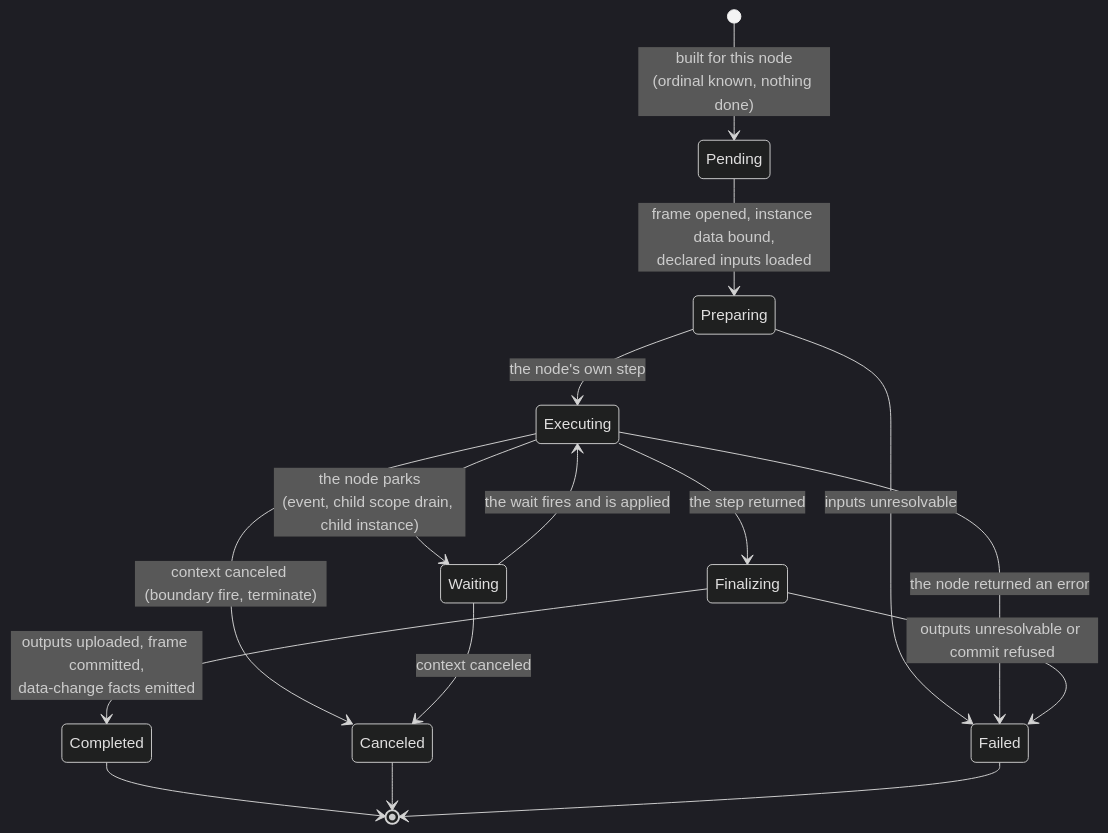
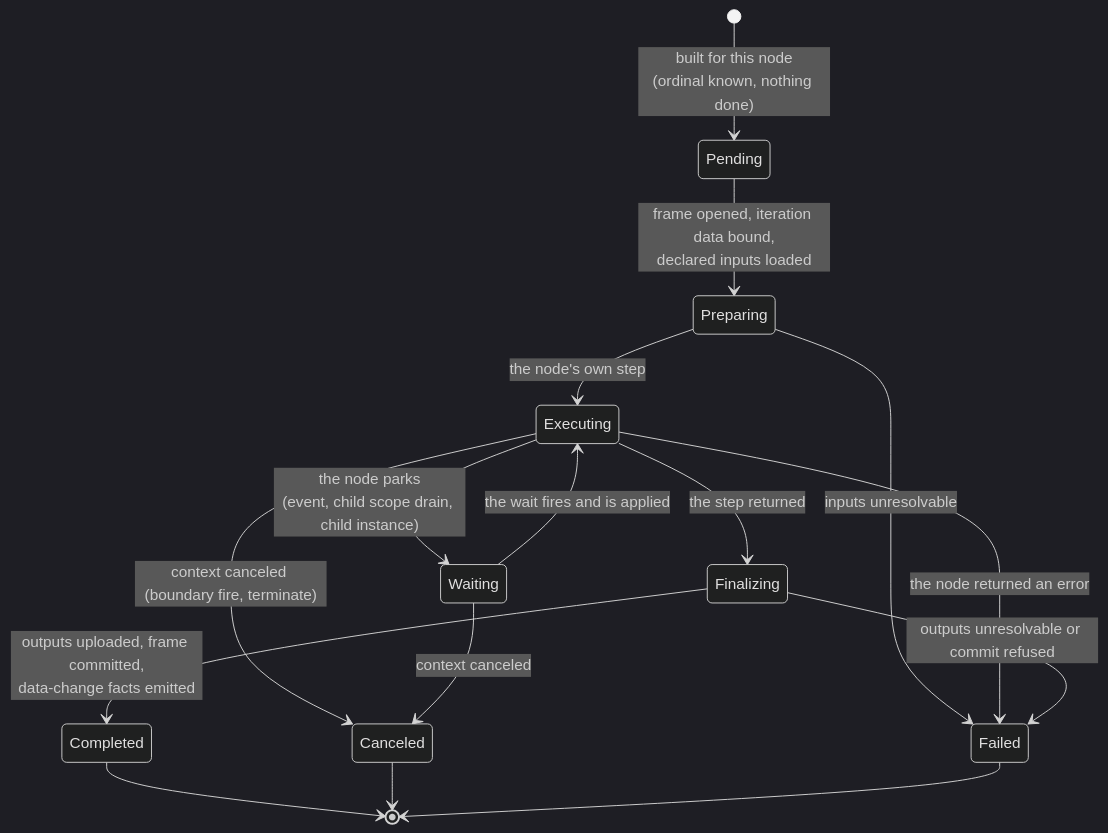
Before and after one commit to dr-dobermann/gobpm: the second of 4 diagrams in docs/design/ADR-025-activity-iteration-loop-and-multi-instance.md, drawn with Mermaid (dark theme). The commit also changed other lines of this file and 160 other files, not shown here.

````diff
--- a/docs/design/ADR-025-activity-iteration-loop-and-multi-instance.md
+++ b/docs/design/ADR-025-activity-iteration-loop-and-multi-instance.md
@@ -1282,18 +1282,18 @@
 ```mermaid
 stateDiagram-v2
     [*] --> Pending: built for this node<br/>(ordinal known, nothing done)
-    Pending --> Preparing: frame opened, instance data bound,<br/>declared inputs loaded
+    Pending --> Preparing: frame opened, iteration data bound,<br/>declared inputs loaded
     Preparing --> Executing: the node's own step
     Executing --> Waiting: the node parks<br/>(event, child scope drain, child instance)
     Waiting --> Executing: the wait fires and is applied
     Executing --> Finalizing: the step returned
     Finalizing --> Completed: outputs uploaded, frame committed,<br/>data-change facts emitted
     Executing --> Canceled: context canceled (boundary fire, terminate)
     Waiting --> Canceled: context canceled
     Preparing --> Failed: inputs unresolvable
     Executing --> Failed: the node returned an error
     Finalizing --> Failed: outputs unresolvable or commit refused
     Completed --> [*]
     Canceled --> [*]
     Failed --> [*]
 ```
````
